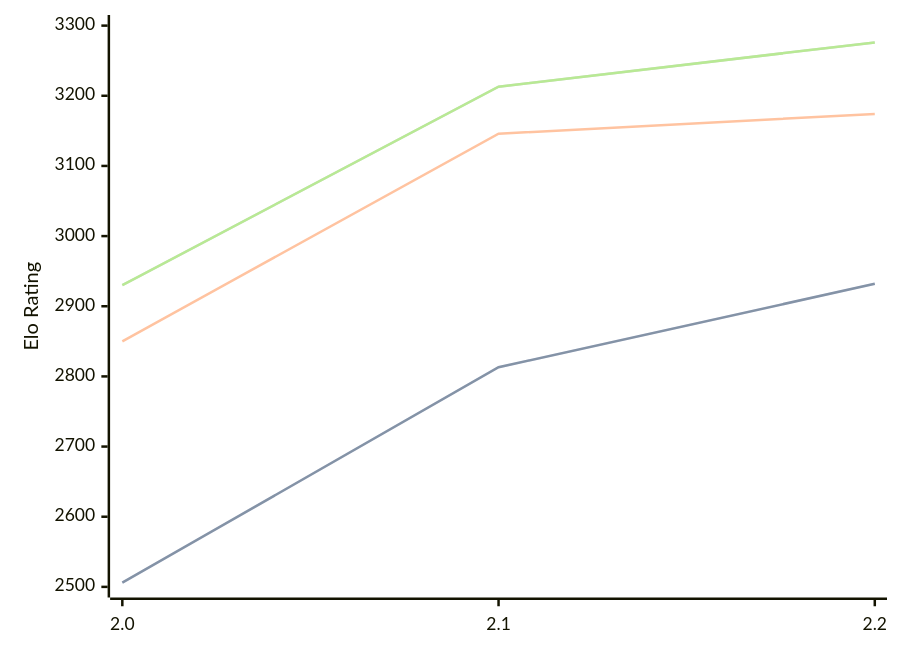
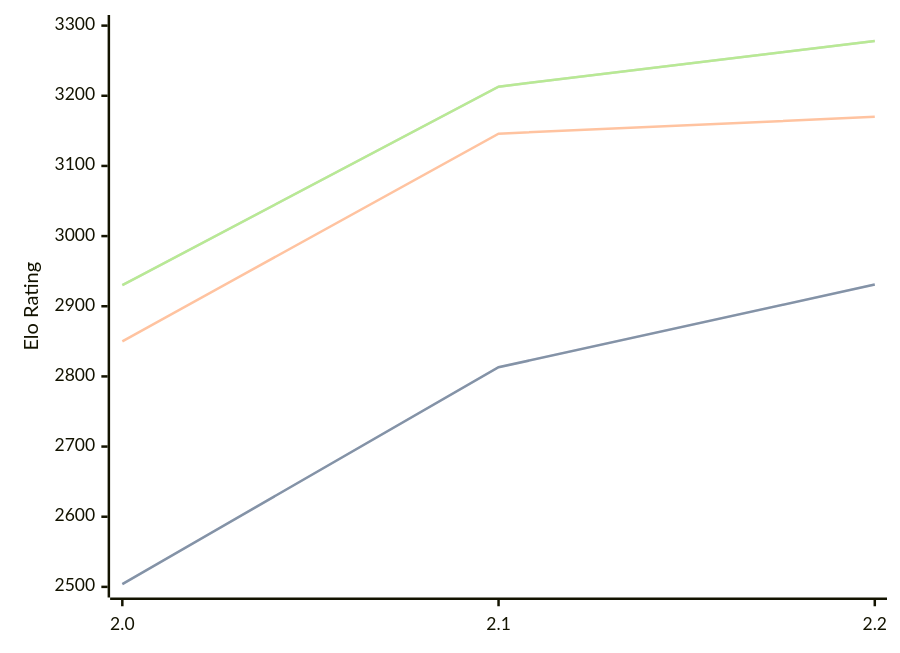
Before and after one commit to computer-chess-index/cci: the diagram in engines/Tunguska.md, drawn with Mermaid. The commit also changed other lines of this file, not shown here.

Commit message:
Update CCI Ratings (ELO VLTC) - 2026-09-11

````diff
--- a/engines/Tunguska.md
+++ b/engines/Tunguska.md
@@ -33,11 +33,11 @@
 ```mermaid
 %%{init: {"theme":"base","themeVariables":{"seriesColors:['#a3a3a3','#222221','#faa371']}}}%%
 xychart-beta
   x-axis ["2.0", "2.1", "2.2"]
   y-axis "Elo Rating" 2500 --> 3300
-  line "" [2506, 2813, 2932]
-  line "STC (8.0+0.08s)" [2506, 2813, 2932]
-  line "LTC (60.0+0.60s)" [2850, 3146, 3174]
-  line "" [2930, 3213, 3276]
-  line "VLTC (2m24s+1.12s)" [2930, 3213, 3276]
+  line "" [2504, 2813, 2931]
+  line "STC (8.0+0.08s)" [2504, 2813, 2931]
+  line "LTC (60.0+0.60s)" [2850, 3146, 3170]
+  line "" [2930, 3213, 3278]
+  line "VLTC (2m24s+1.12s)" [2930, 3213, 3278]
 ```
````
